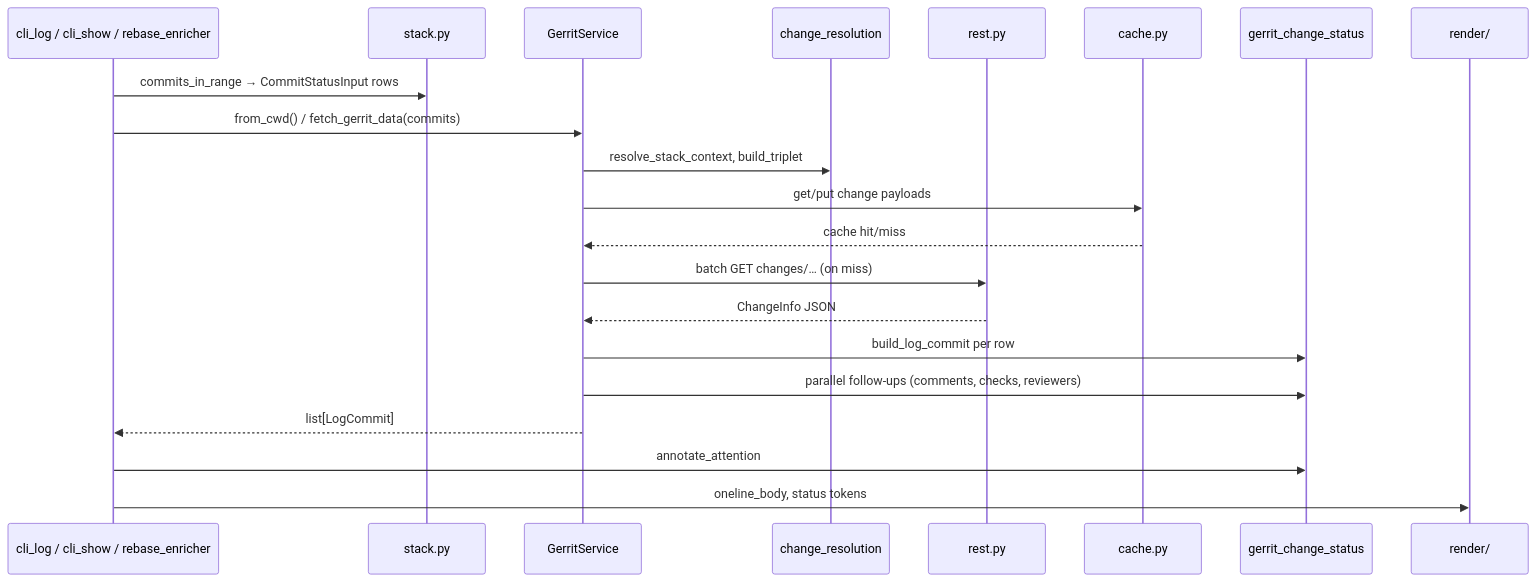
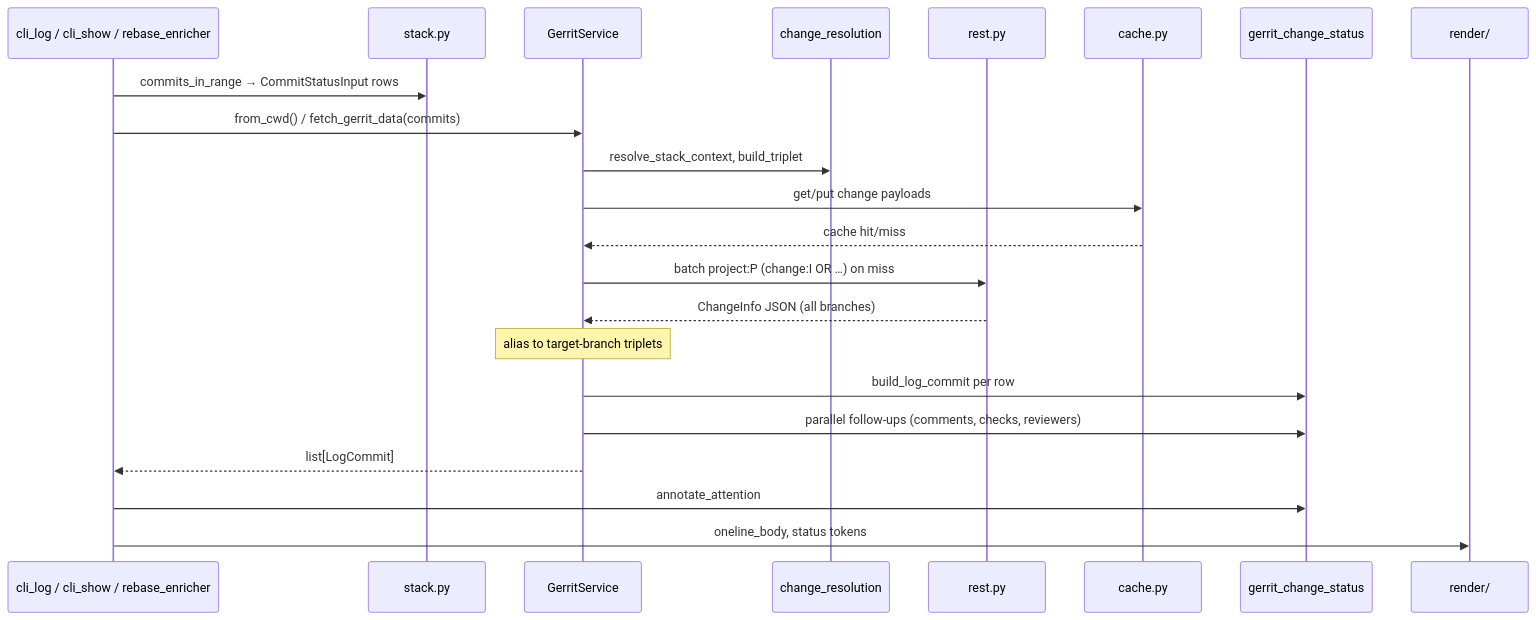
The fifth of 8 diagrams in docu/architecture.md (togrue/gerrit-workflow-tools), drawn with Mermaid before and after one commit. The commit also changed other lines of this file and 9 other files, not shown here.

First line of the commit message:
perf(gerrit): batch-fetch by Change-Id; narrow branches client-side

````diff
--- a/docu/architecture.md
+++ b/docu/architecture.md
@@ -175,24 +175,25 @@
 ```mermaid
 sequenceDiagram
   participant CLI as cli_log / cli_show / rebase_enricher
   participant Stack as stack.py
   participant Svc as GerritService
   participant Res as change_resolution
   participant REST as rest.py
   participant Cache as cache.py
   participant Status as gerrit_change_status
   participant Render as render/
 
   CLI->>Stack: commits_in_range → CommitStatusInput rows
   CLI->>Svc: from_cwd() / fetch_gerrit_data(commits)
   Svc->>Res: resolve_stack_context, build_triplet
   Svc->>Cache: get/put change payloads
   Cache-->>Svc: cache hit/miss
-  Svc->>REST: batch GET changes/… (on miss)
-  REST-->>Svc: ChangeInfo JSON
+  Svc->>REST: batch project:P (change:I OR …) on miss
+  REST-->>Svc: ChangeInfo JSON (all branches)
+  Note over Svc: alias to target-branch triplets
   Svc->>Status: build_log_commit per row
   Svc->>Status: parallel follow-ups (comments, checks, reviewers)
   Svc-->>CLI: list[LogCommit]
   CLI->>Status: annotate_attention
   CLI->>Render: oneline_body, status tokens
 ```
````
